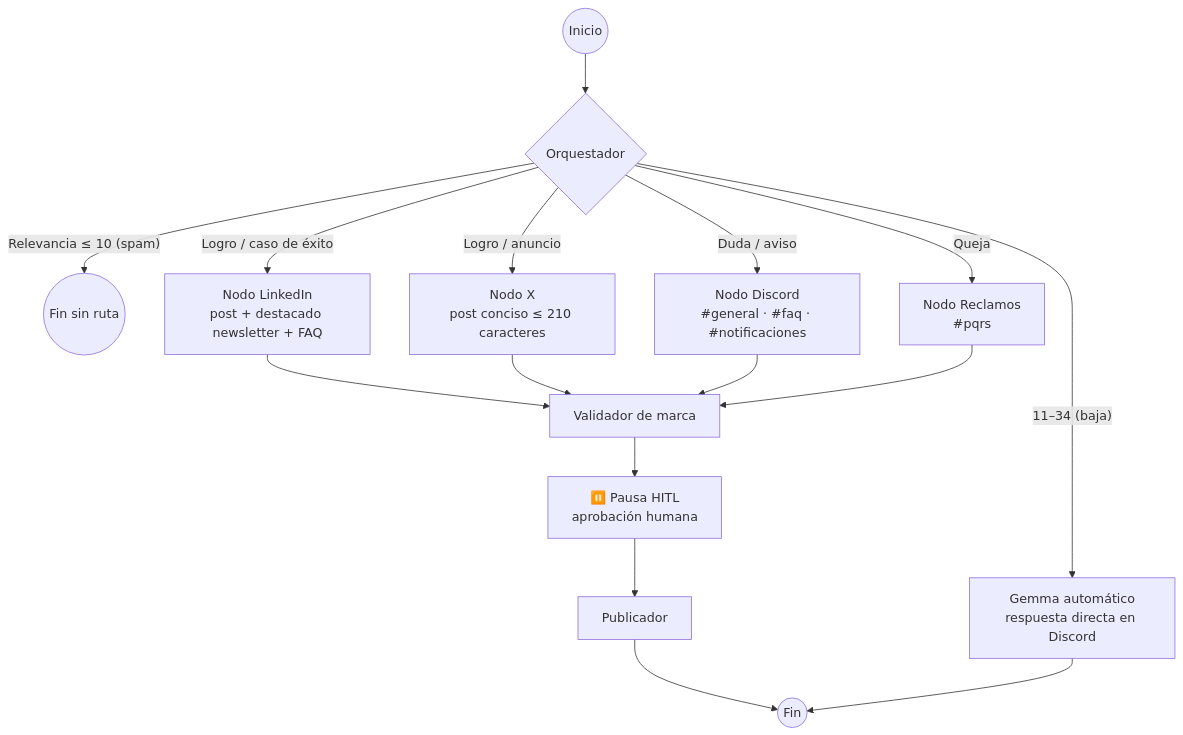
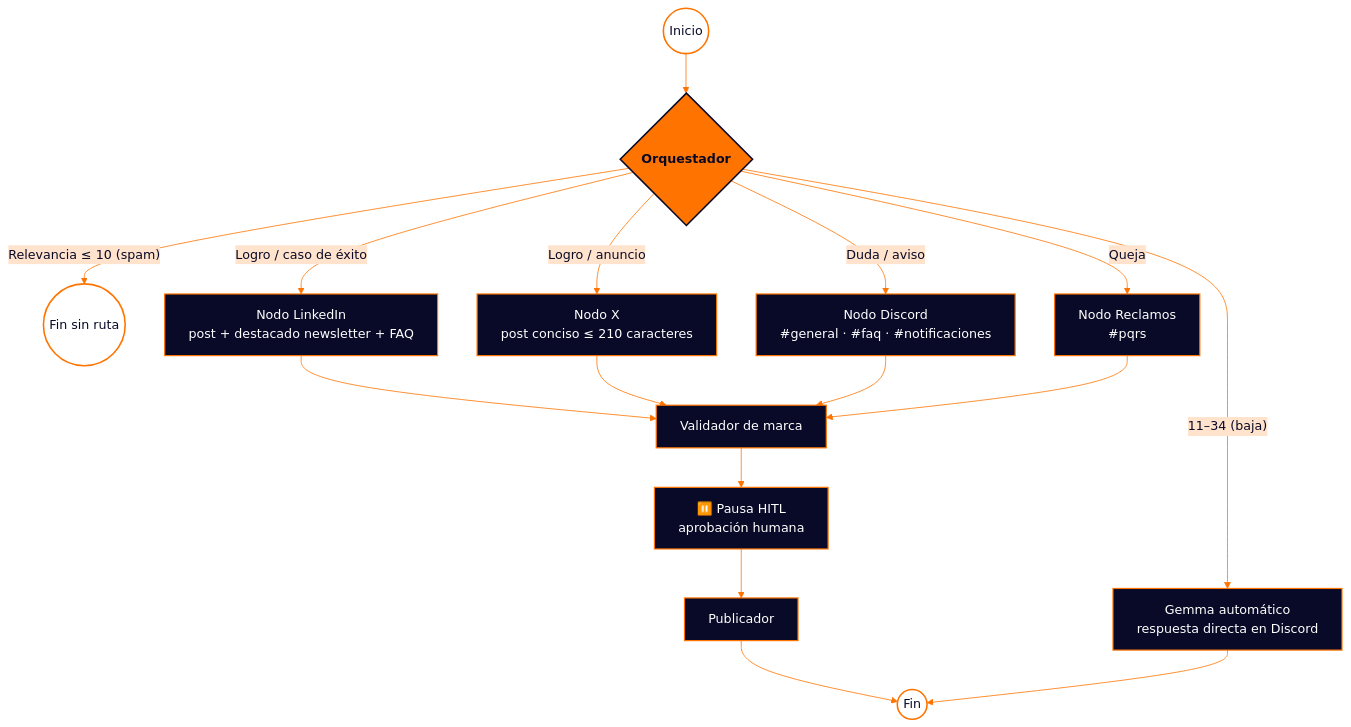
Before and after one commit to Fernando-Frausto/G10-LATAM-equipo-27: the second of 5 diagrams in README.md, drawn with Mermaid. The commit also changed other lines of this file, not shown here.

First line of the commit message:
Improve flowchart formatting in README.md

````diff
--- a/README.md
+++ b/README.md
@@ -93,18 +98,24 @@
 ```mermaid
+%%{init: {"theme": "base", "flowchart": {"wrappingWidth": 420}, "themeVariables": {"primaryColor": "#080A27", "primaryTextColor": "#080A27", "primaryBorderColor": "#FF7400", "lineColor": "#FF7400", "clusterBkg": "transparent", "clusterBorder": "#FF7400", "titleColor": "#FF7400", "edgeLabelBackground": "#FFE3CC", "textColor": "#080A27", "fontFamily": "Inter, Arial, sans-serif"}}}%%
 flowchart TD
     S((Inicio)) --> O{"Orquestador"}
     O -- "Relevancia ≤ 10 (spam)" --> FIN((Fin sin ruta))
     O -- "11–34 (baja)" --> GA["Gemma automático<br/>respuesta directa en Discord"]
     O -- "Logro / caso de éxito" --> LI["Nodo LinkedIn<br/>post + destacado newsletter + FAQ"]
     O -- "Logro / anuncio" --> X["Nodo X<br/>post conciso ≤ 210 caracteres"]
     O -- "Duda / aviso" --> DC["Nodo Discord<br/>#general · #faq · #notificaciones"]
     O -- "Queja" --> RQ["Nodo Reclamos<br/>#pqrs"]
     LI --> V["Validador de marca"]
     X --> V
     DC --> V
     RQ --> V
     V --> HITL["⏸️ Pausa HITL<br/>aprobación humana"]
     HITL --> P["Publicador"]
     P --> F2((Fin))
     GA --> F2
+    classDef default fill:#080A27,stroke:#FF7400,stroke-width:1.5px,color:#FFFFFF
+    classDef decision fill:#FF7400,stroke:#080A27,stroke-width:2px,color:#080A27,font-weight:bold
+    classDef terminal fill:#FFFFFF,stroke:#FF7400,stroke-width:2px,color:#080A27
+    class O decision
+    class F2,FIN,S terminal
 ```
````
